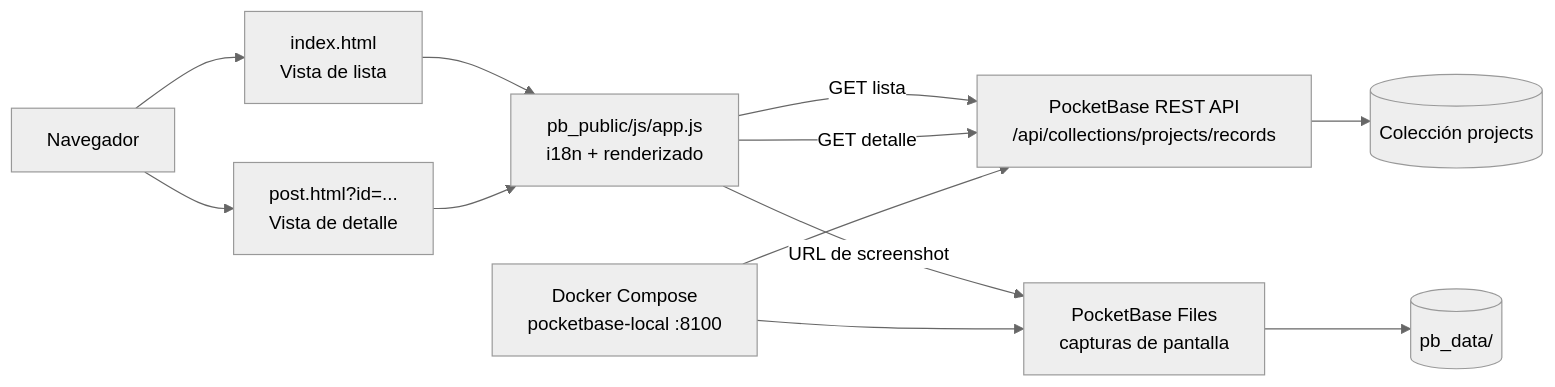
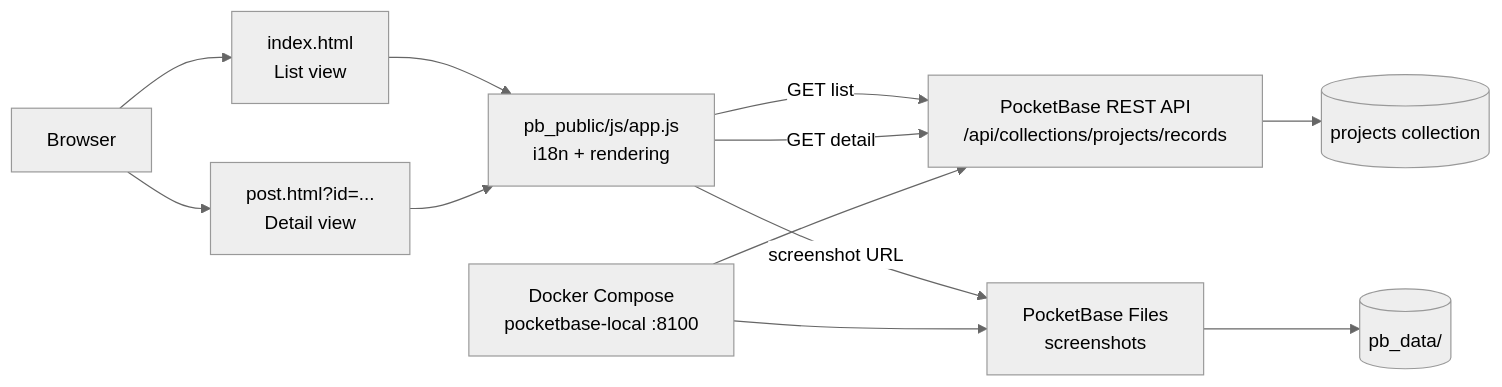
Before and after one commit to juancasanovalopez/proindex: the diagram in README.md, drawn with Mermaid (neutral theme). The commit also changed other lines of this file and 1 other file, not shown here.

````diff
--- a/README.md
+++ b/README.md
@@ -144,24 +144,24 @@
 ```mermaid
 flowchart LR
-    browser["Navegador"]
-    index["index.html<br/>Vista de lista"]
-    post["post.html?id=...<br/>Vista de detalle"]
-    app["pb_public/js/app.js<br/>i18n + renderizado"]
+    browser["Browser"]
+    index["index.html<br/>List view"]
+    post["post.html?id=...<br/>Detail view"]
+    app["pb_public/js/app.js<br/>i18n + rendering"]
     api["PocketBase REST API<br/>/api/collections/projects/records"]
-    files["PocketBase Files<br/>capturas de pantalla"]
-    collection[("Colección projects")]
+    files["PocketBase Files<br/>screenshots"]
+    collection[("projects collection")]
     storage[("pb_data/")]
     compose["Docker Compose<br/>pocketbase-local :8100"]
 
     browser --> index
     browser --> post
     index --> app
     post --> app
-    app -->|GET lista| api
-    app -->|GET detalle| api
-    app -->|URL de screenshot| files
+    app -->|GET list| api
+    app -->|GET detail| api
+    app -->|screenshot URL| files
     api --> collection
     files --> storage
     compose --> api
     compose --> files
 ```
````
